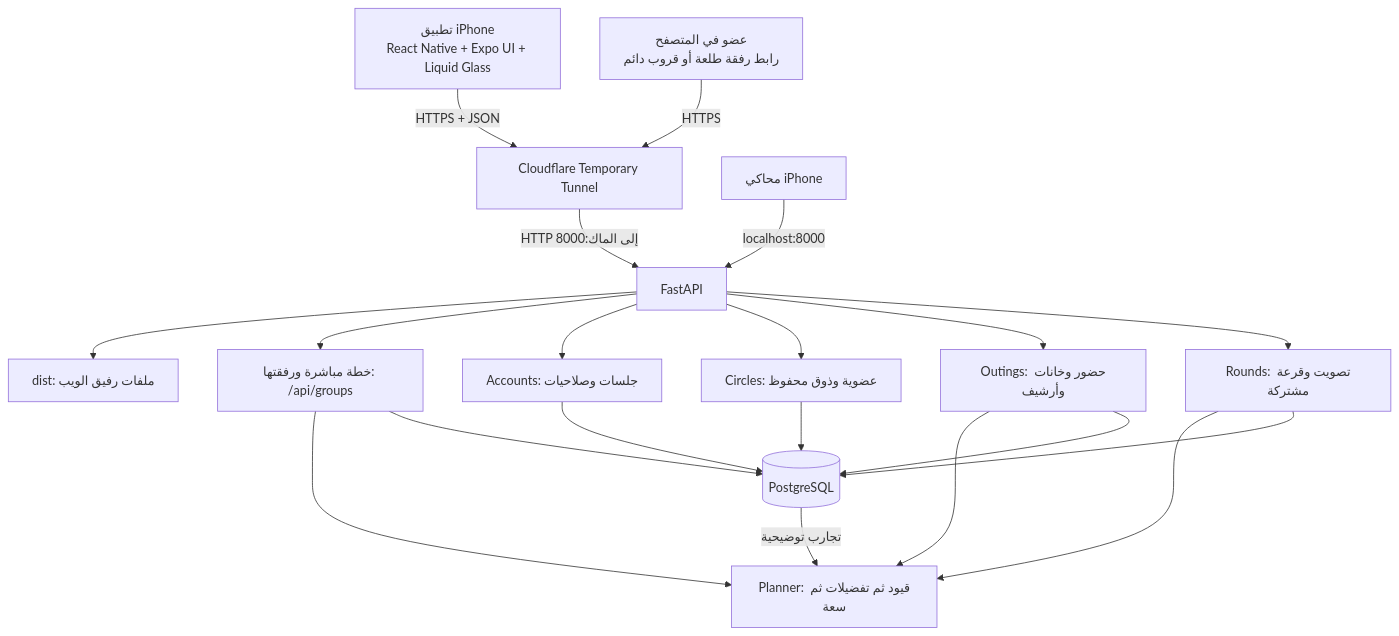
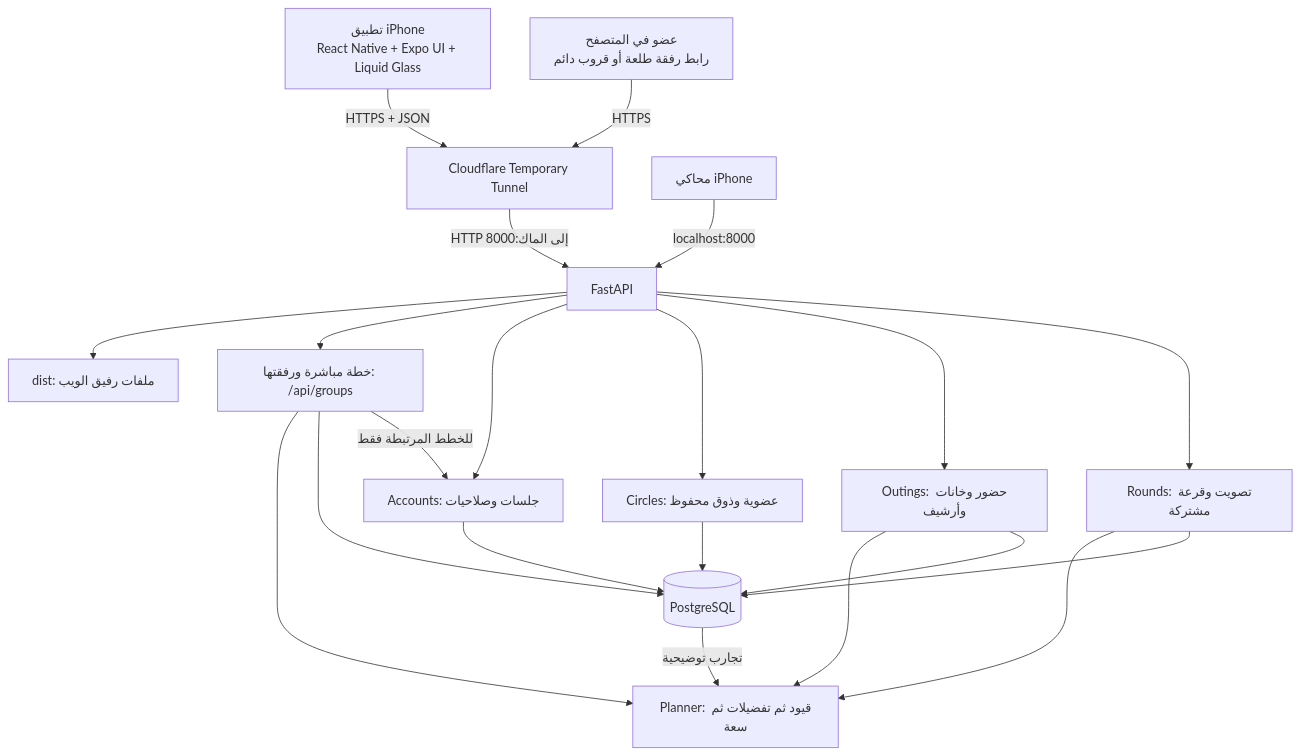
Before and after one commit to shathaaa1110-arch/hatim-app: the first of 4 diagrams in docs/architecture-python-postgres.ar.md, drawn with Mermaid. The commit also changed other lines of this file and 38 other files, not shown here.

````diff
--- a/docs/architecture-python-postgres.ar.md
+++ b/docs/architecture-python-postgres.ar.md
@@ -13,22 +15,23 @@
 ```mermaid
 flowchart TB
     I[تطبيق iPhone<br/>React Native + Expo UI + Liquid Glass] -->|HTTPS + JSON| T[Cloudflare Temporary Tunnel]
     W[عضو في المتصفح<br/>رابط رفقة طلعة أو قروب دائم] -->|HTTPS| T
     S[محاكي iPhone] -->|localhost:8000| A[FastAPI]
     T -->|HTTP إلى الماك:8000| A
     A --> F[dist: ملفات رفيق الويب]
     A --> Q[خطة مباشرة ورفقتها: /api/groups]
     Q --> P
     Q --> DB
+    Q -->|للخطط المرتبطة فقط| AU
     A --> AU[Accounts: جلسات وصلاحيات]
     A --> G[Circles: عضوية وذوق محفوظ]
     A --> O[Outings: حضور وخانات وأرشيف]
     A --> R[Rounds: تصويت وقرعة مشتركة]
     O --> P[Planner: قيود ثم تفضيلات ثم سعة]
     R --> P
     AU --> DB[(PostgreSQL)]
     G --> DB
     O --> DB
     R --> DB
     DB -->|تجارب توضيحية| P
 ```
````
